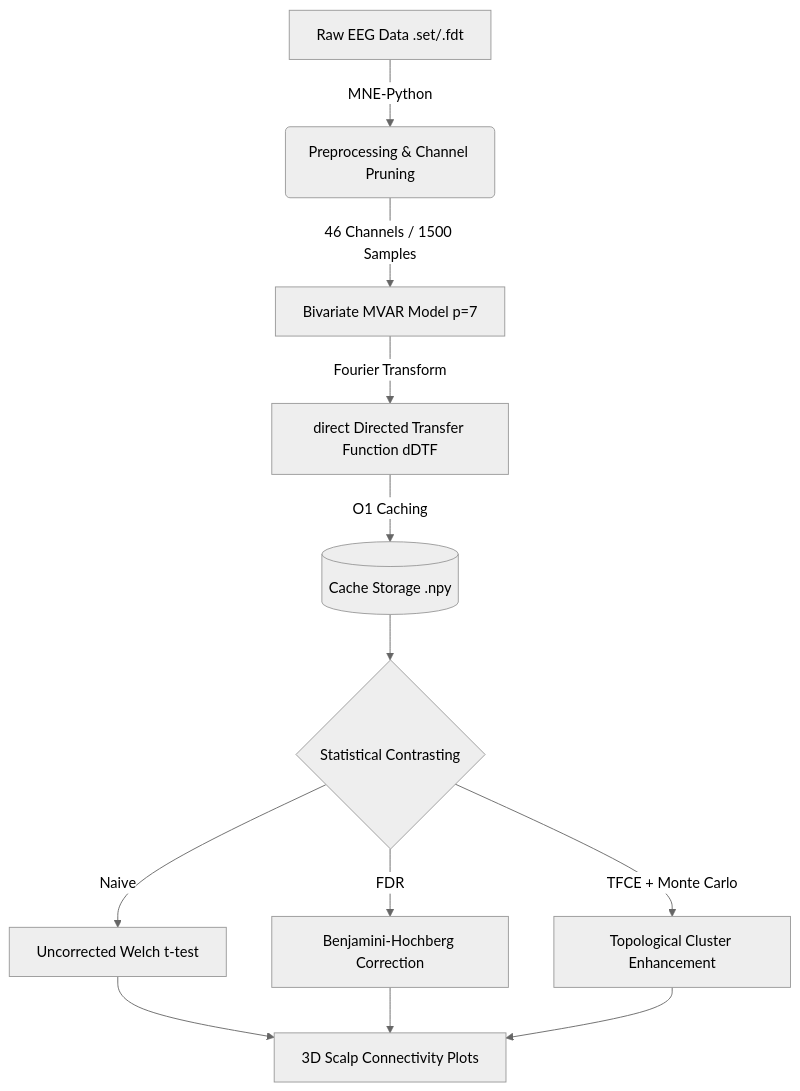
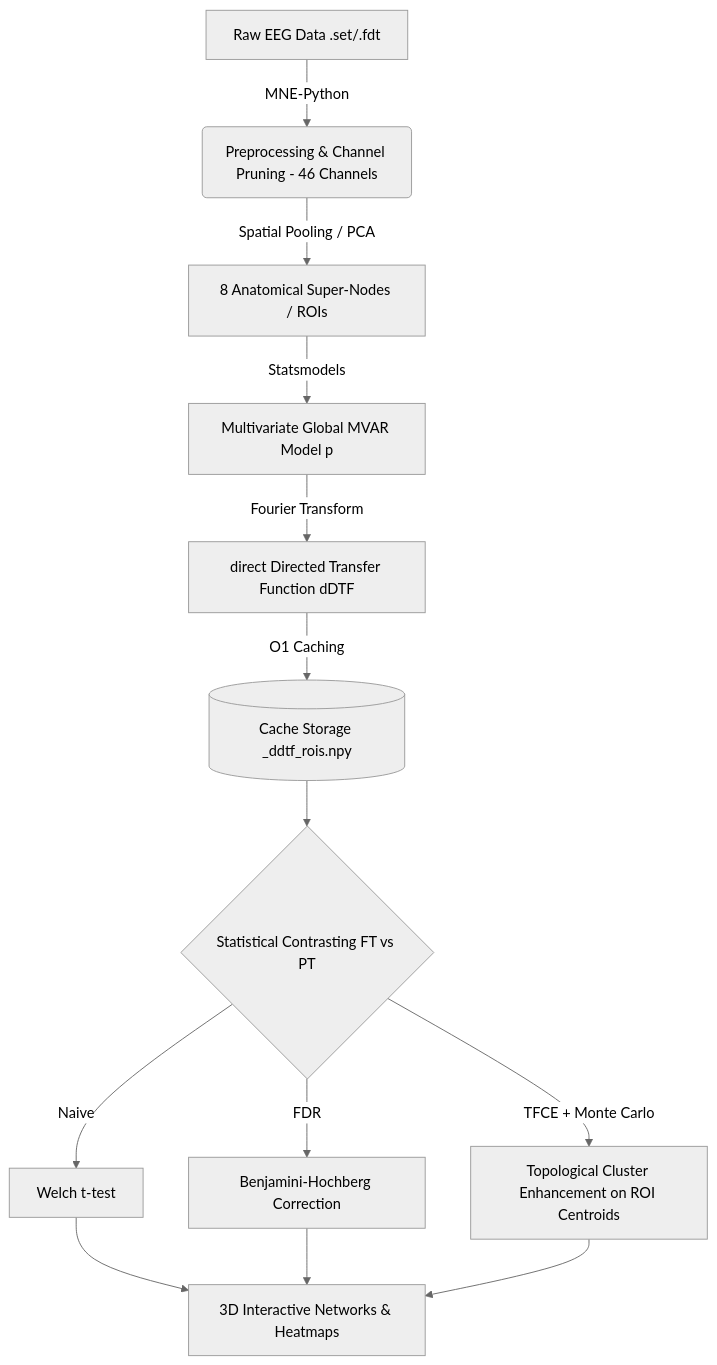
One commit to MauroMigli/IPRE-2026-1 changed the diagram in README.md. Above: the diagram before and after it, drawn with Mermaid (neutral theme). The commit also changed other lines of this file and 10 other files, not shown here.

````diff
--- a/README.md
+++ b/README.md
@@ -13,12 +13,13 @@
 ```mermaid
 graph TD
-    A[Raw EEG Data .set/.fdt] -->|MNE-Python| B(Preprocessing & Channel Pruning)
-    B -->|46 Channels / 1500 Samples| C[Bivariate MVAR Model p=7]
-    C -->|Fourier Transform| D[direct Directed Transfer Function dDTF]
-    D -->|O1 Caching| E[(Cache Storage .npy)]
-    E --> F{Statistical Contrasting}
-    F -->|Naive| G[Uncorrected Welch t-test]
-    F -->|FDR| H[Benjamini-Hochberg Correction]
-    F -->|TFCE + Monte Carlo| I[Topological Cluster Enhancement]
-    G & H & I --> J[3D Scalp Connectivity Plots]
+    A[Raw EEG Data .set/.fdt] -->|MNE-Python| B(Preprocessing & Channel Pruning - 46 Channels)
+    B -->|Spatial Pooling / PCA| C[8 Anatomical Super-Nodes / ROIs]
+    C -->|Statsmodels| D[Multivariate Global MVAR Model p]
+    D -->|Fourier Transform| E[direct Directed Transfer Function dDTF]
+    E -->|O1 Caching| F[(Cache Storage _ddtf_rois.npy)]
+    F --> G{Statistical Contrasting FT vs PT}
+    G -->|Naive| H[Welch t-test]
+    G -->|FDR| I[Benjamini-Hochberg Correction]
+    G -->|TFCE + Monte Carlo| J[Topological Cluster Enhancement on ROI Centroids]
+    H & I & J --> K[3D Interactive Networks & Heatmaps]
 ```
````
